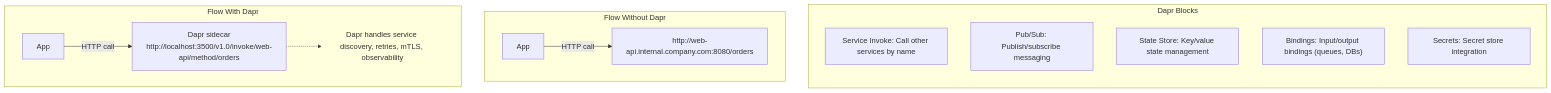
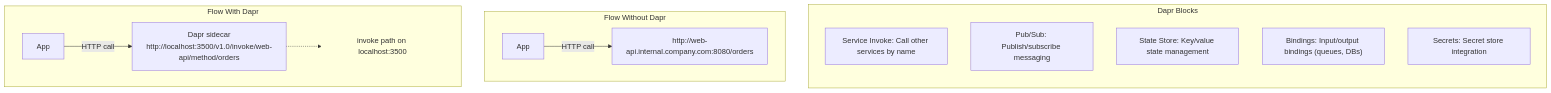
Before and after one commit to kube-dojo/kube-dojo.github.io: the third of 4 diagrams in src/content/docs/cloud/azure-essentials/module-3.7-aci-aca.md, drawn with Mermaid. The commit also changed other lines of this file, not shown here.

````diff
--- a/src/content/docs/cloud/azure-essentials/module-3.7-aci-aca.md
+++ b/src/content/docs/cloud/azure-essentials/module-3.7-aci-aca.md
@@ -470,23 +470,23 @@
 ```mermaid
 flowchart TB
     subgraph Dapr Blocks
         direction TB
         B1["Service Invoke: Call other services by name"]
         B2["Pub/Sub: Publish/subscribe messaging"]
         B3["State Store: Key/value state management"]
         B4["Bindings: Input/output bindings (queues, DBs)"]
         B5["Secrets: Secret store integration"]
     end
 
     subgraph Flow Without Dapr
         direction LR
         App1[App] -- HTTP call --> API1[http://web-api.internal.company.com:8080/orders]
     end
 
     subgraph Flow With Dapr
         direction LR
         App2[App] -- HTTP call --> Sidecar[Dapr sidecar<br/>http://localhost:3500/v1.0/invoke/web-api/method/orders]
-        Sidecar -.-> Magic[Dapr handles service discovery, retries, mTLS, observability]
+        Sidecar -.-> Magic[invoke path on localhost:3500]
         style Magic fill:none,stroke:none
     end
 ```
````
